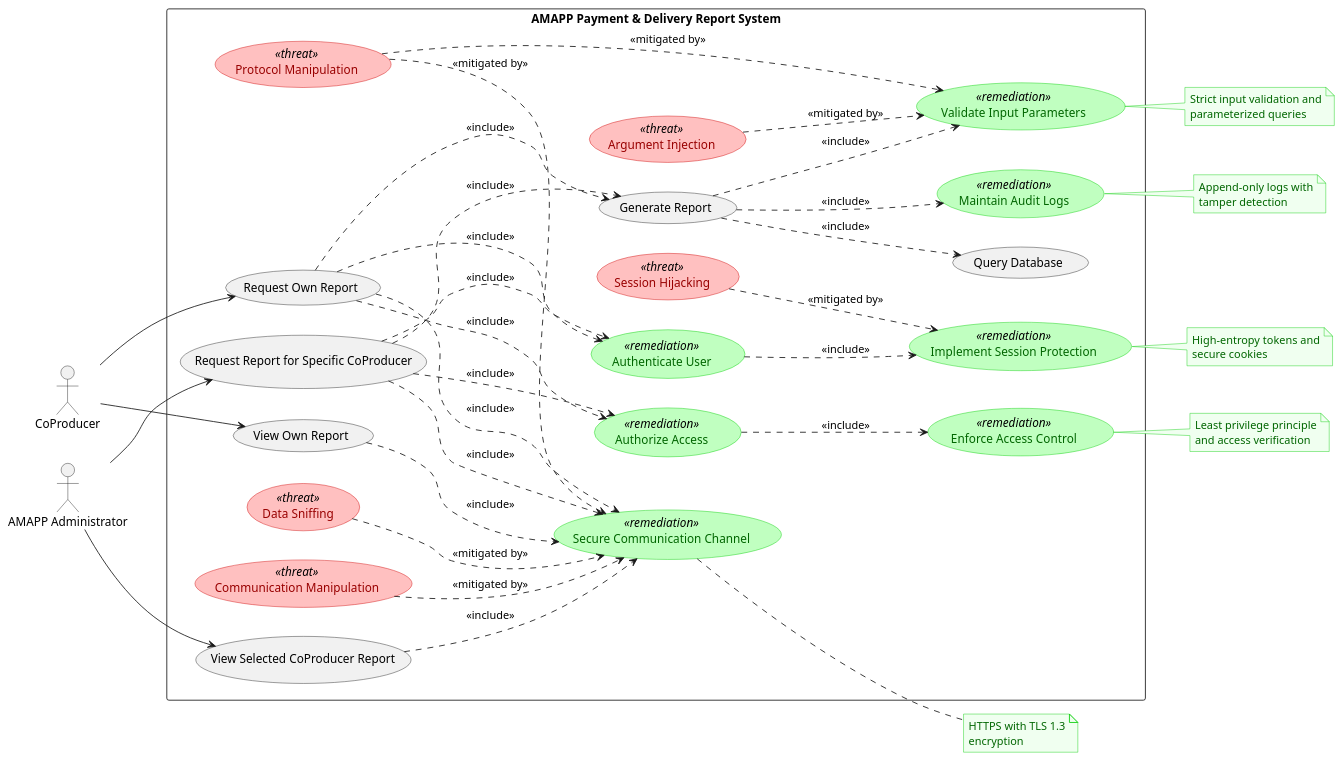
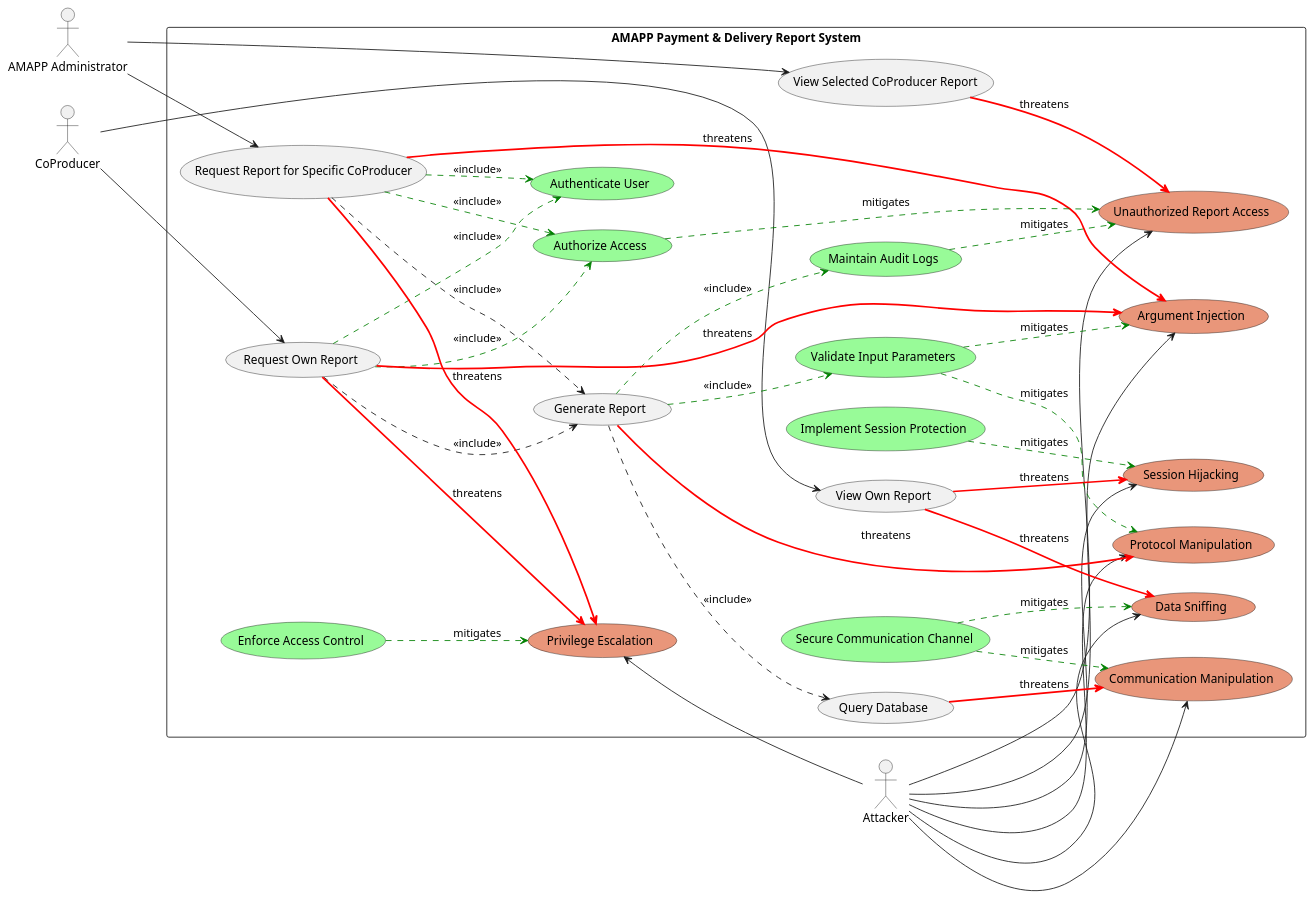
Before and after one commit to Departamento-de-Engenharia-Informatica/desofs2025_mon_ffs_2: the diagram in deliverables/phase1/diagrams/Abuse Cases/pay-del-rep-abuse-case.puml, drawn with PlantUML. The commit also changed 14 other files, not shown here.

Commit message:
feat: Reorganize Order Payments Deliveries Report section plus new abuse case diagram and xml code for the component diagram

```diff
--- a/deliverables/phase1/diagrams/Abuse Cases/pay-del-rep-abuse-case.puml
+++ b/deliverables/phase1/diagrams/Abuse Cases/pay-del-rep-abuse-case.puml
@@ -1,119 +1,90 @@
 @startuml Use_Case_Diagram
 left to right direction
+skinparam packageStyle rectangle
 
-' Cores para ameaças (tons de vermelho)
-skinparam usecase<<threat>> {
-  BackgroundColor #FFC0C0
-  BorderColor #CC0000
-  FontColor #990000
+actor "CoProducer"          as CoProducer
+actor "AMAPP Administrator" as Admin
+
+package "AMAPP Payment & Delivery Report System" {
+
+
+  usecase "Request Own Report"                   as UC1
+  usecase "View Own Report"                      as UC2
+  usecase "Request Report for Specific CoProducer" as UC3
+  usecase "View Selected CoProducer Report"      as UC4
+  usecase "Generate Report"                      as UC5
+  usecase "Query Database"                       as UC6
+
+  '–– Mitigations ––
+  usecase "Authenticate User"                    as SEC1 #palegreen
+  usecase "Authorize Access"                     as SEC2 #palegreen
+  usecase "Secure Communication Channel"         as SEC3 #palegreen
+  usecase "Validate Input Parameters"            as SEC4 #palegreen
+  usecase "Maintain Audit Logs"                  as SEC5 #palegreen
+  usecase "Implement Session Protection"         as SEC6 #palegreen
+  usecase "Enforce Access Control"               as SEC7 #palegreen
+
+  '–– Threats ––
+  usecase "Session Hijacking"                    as T1 #darksalmon
+  usecase "Data Sniffing"                        as T2 #darksalmon
+  usecase "Communication Manipulation"           as T3 #darksalmon
+  usecase "Protocol Manipulation"                as T4 #darksalmon
+  usecase "Argument Injection"                   as T5 #darksalmon
+  usecase "Unauthorized Report Access"           as T6 #darksalmon
+  usecase "Privilege Escalation"                 as T7 #darksalmon
 }
 
-' Cores para remediações (tons de verde)
-skinparam usecase<<remediation>> {
-  BackgroundColor #C0FFC0
-  BorderColor #00CC00
-  FontColor #006600
-}
 
-' Nota de ameaça
-skinparam note {
-  BackgroundColor #FFF0F0
-  BorderColor #CC0000
-  FontColor #990000
-}
+actor "Attacker" as Attacker
 
-' Nota de remediação
-skinparam note<<remediation>> {
-  BackgroundColor #F0FFF0
-  BorderColor #00CC00
-  FontColor #006600
-}
+'–– Attempt to put the Attacker Actor on the right but didn't quite work out––
+T7 -[hidden]-> Attacker
 
-actor "CoProducer" as CoProducer
-actor "AMAPP Administrator" as Admin
-
-rectangle "AMAPP Payment & Delivery Report System" {
-    usecase "Request Own Report" as UC1
-    usecase "View Own Report" as UC2
-    usecase "Request Report for Specific CoProducer" as UC3
-    usecase "View Selected CoProducer Report" as UC4
-    usecase "Generate Report" as UC5
-    usecase "Query Database" as UC6
-
-    ' Security Use Cases
-    usecase "Authenticate User"<<remediation>> as UC7
-    usecase "Authorize Access"<<remediation>> as UC8
-    usecase "Secure Communication Channel"<<remediation>> as SEC1
-    usecase "Validate Input Parameters"<<remediation>> as SEC2
-    usecase "Maintain Audit Logs"<<remediation>> as SEC3
-    usecase "Implement Session Protection"<<remediation>> as SEC4
-    usecase "Enforce Access Control"<<remediation>> as SEC5
-
-    ' Threat Use Cases
-    usecase "Session Hijacking"<<threat>> as T1
-    usecase "Data Sniffing"<<threat>> as T2
-    usecase "Communication Manipulation"<<threat>> as T3
-    usecase "Protocol Manipulation"<<threat>> as T4
-    usecase "Argument Injection"<<threat>> as T5
-}
-
-' Actor relationships
+'–– Normal user flows ––
 CoProducer --> UC1
 CoProducer --> UC2
-Admin --> UC3
-Admin --> UC4
-
-' Use case relationships
-UC1 ..> UC7 : <<include>>
-UC1 ..> UC8 : <<include>>
-UC3 ..> UC7 : <<include>>
-UC3 ..> UC8 : <<include>>
+Admin      --> UC3
+Admin      --> UC4
 
 UC1 ..> UC5 : <<include>>
 UC3 ..> UC5 : <<include>>
 UC5 ..> UC6 : <<include>>
 
-' Security relationships
-UC1 ..> SEC1 : <<include>>
-UC2 ..> SEC1 : <<include>>
-UC3 ..> SEC1 : <<include>>
-UC4 ..> SEC1 : <<include>>
-UC5 ..> SEC2 : <<include>>
-UC5 ..> SEC3 : <<include>>
-UC7 ..> SEC4 : <<include>>
-UC8 ..> SEC5 : <<include>>
+UC1 .[#green].> SEC1 : <<include>>
+UC1 .[#green].> SEC2 : <<include>>
+UC3 .[#green].> SEC1 : <<include>>
+UC3 .[#green].> SEC2 : <<include>>
+UC5 .[#green].> SEC4 : <<include>>
+UC5 .[#green].> SEC5 : <<include>>
 
-' Threat mitigations
-T1 ..> SEC4 : <<mitigated by>>
-T2 ..> SEC1 : <<mitigated by>>
-T3 ..> SEC1 : <<mitigated by>>
-T4 ..> SEC1 : <<mitigated by>>
-T4 ..> SEC2 : <<mitigated by>>
-T5 ..> SEC2 : <<mitigated by>>
+'–– Attacker → Threat flows ––
+Attacker --> T1
+Attacker --> T2
+Attacker --> T3
+Attacker --> T4
+Attacker --> T5
+Attacker --> T6
+Attacker --> T7
 
-' Notes
-note right of SEC1 <<remediation>>
-  HTTPS with TLS 1.3
-  encryption
-end note
+'–– Threatens ––
+UC1 -[#red,bold]-> T5 : threatens
+UC2 -[#red,bold]-> T1 : threatens
+UC2 -[#red,bold]-> T2 : threatens
+UC3 -[#red,bold]-> T5 : threatens
+UC4 -[#red,bold]-> T6 : threatens
+UC5 -[#red,bold]-> T4 : threatens
+UC6 -[#red,bold]-> T3 : threatens
+UC1 -[#red,bold]-> T7 : threatens
+UC3 -[#red,bold]-> T7 : threatens
 
-note right of SEC2 <<remediation>>
-  Strict input validation and
-  parameterized queries
-end note
+'–– Mitigates ––
+SEC6 -[#green,dashed]-> T1 : mitigates
+SEC3 -[#green,dashed]-> T2 : mitigates
+SEC3 -[#green,dashed]-> T3 : mitigates
+SEC4 -[#green,dashed]-> T4 : mitigates
+SEC4 -[#green,dashed]-> T5 : mitigates
+SEC2 -[#green,dashed]-> T6 : mitigates
+SEC7 -[#green,dashed]-> T7 : mitigates
+SEC5 -[#green,dashed]-> T6 : mitigates
 
-note right of SEC3 <<remediation>>
-  Append-only logs with
-  tamper detection
-end note
-
-note right of SEC4 <<remediation>>
-  High-entropy tokens and
-  secure cookies
-end note
-
-note right of SEC5 <<remediation>>
-  Least privilege principle
-  and access verification
-end note
 @enduml
```
